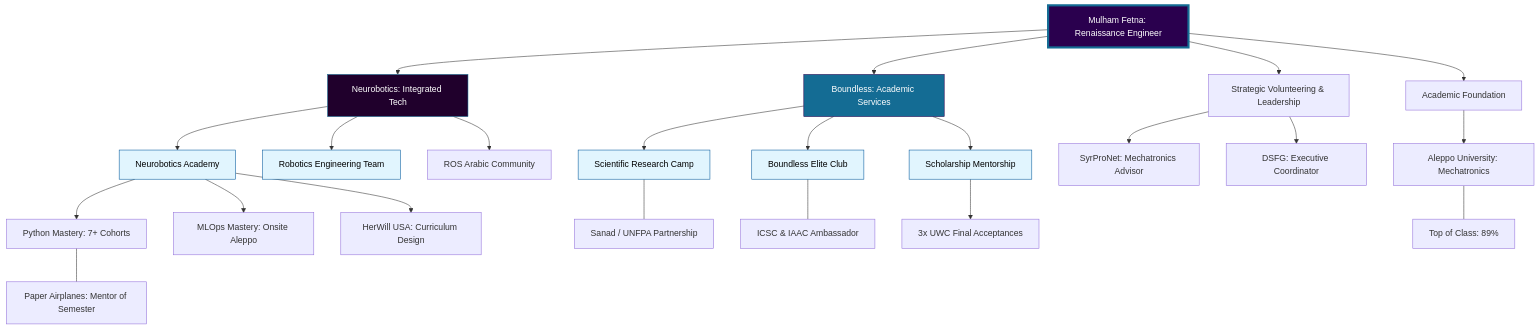
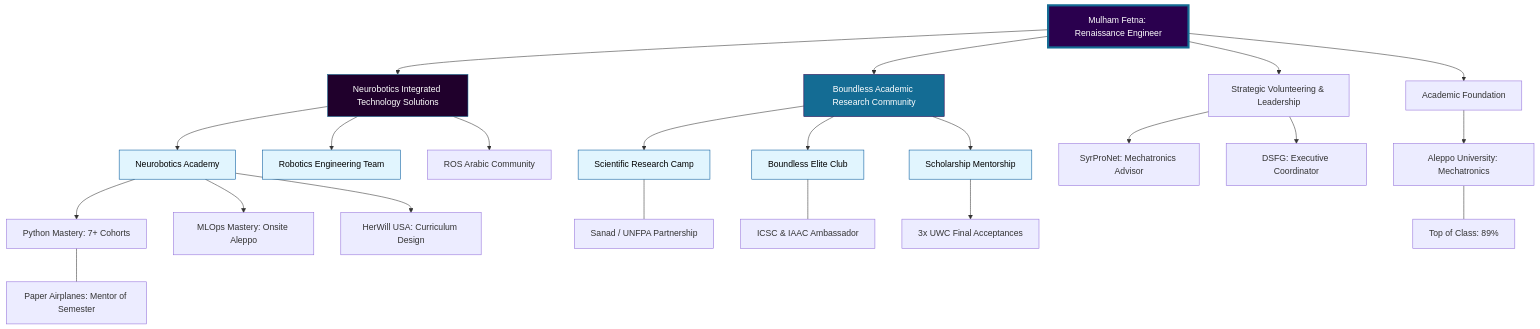
One commit to mulhamfetna/mulham-fetna-blog changed the diagram in content/About/_index.md. Above: the diagram before and after it, drawn with Mermaid. The commit also changed other lines of this file and 13 other files, not shown here.

```diff
--- a/content/About/_index.md
+++ b/content/About/_index.md
@@ -39,43 +39,43 @@
 {{<mermaid>}}
 graph TD
     MF[Mulham Fetna: Renaissance Engineer]
     style MF fill:#2a004e,color:#fff,stroke:#146c94,stroke-width:4px
 
-    NB[Neurobotics: Integrated Tech]
-    BL[Boundless: Academic Services]
+    NB[Neurobotics Integrated Technology Solutions]
+    BL[Boundless Academic Research Community]
     style NB fill:#20002c,color:#fff,stroke:#146c94
     style BL fill:#146c94,color:#fff,stroke:#2a004e
 
     MF --> NB
     MF --> BL
     MF --> VOL[Strategic Volunteering & Leadership]
     MF --> EDU[Academic Foundation]
 
     NB --> NA[Neurobotics Academy]
     NB --> NET[Robotics Engineering Team]
     NB --> ROS[ROS Arabic Community]
 
     NA --> P7[Python Mastery: 7+ Cohorts]
     NA --> MLO[MLOps Mastery: Onsite Aleppo]
     NA --> HW[HerWill USA: Curriculum Design]
 
     P7 --- PA[Paper Airplanes: Mentor of Semester]
 
     BL --> SRC[Scientific Research Camp]
     BL --> BEC[Boundless Elite Club]
     BL --> SM[Scholarship Mentorship]
 
     SRC --- SND[Sanad / UNFPA Partnership]
 
     BEC --- AMB[ICSC & IAAC Ambassador]
     SM --> UWC[3x UWC Final Acceptances]
 
     VOL --> SPN[SyrProNet: Mechatronics Advisor]
     VOL --> DSFG[DSFG: Executive Coordinator]
 
     EDU --> AL[Aleppo University: Mechatronics]
     AL --- TOP[Top of Class: 89%]
 
     classDef project fill:#e1f5fe,stroke:#01579b,color:#000;
     class NA,SRC,BEC,SM,NET project;
 {{</mermaid>}}
```
